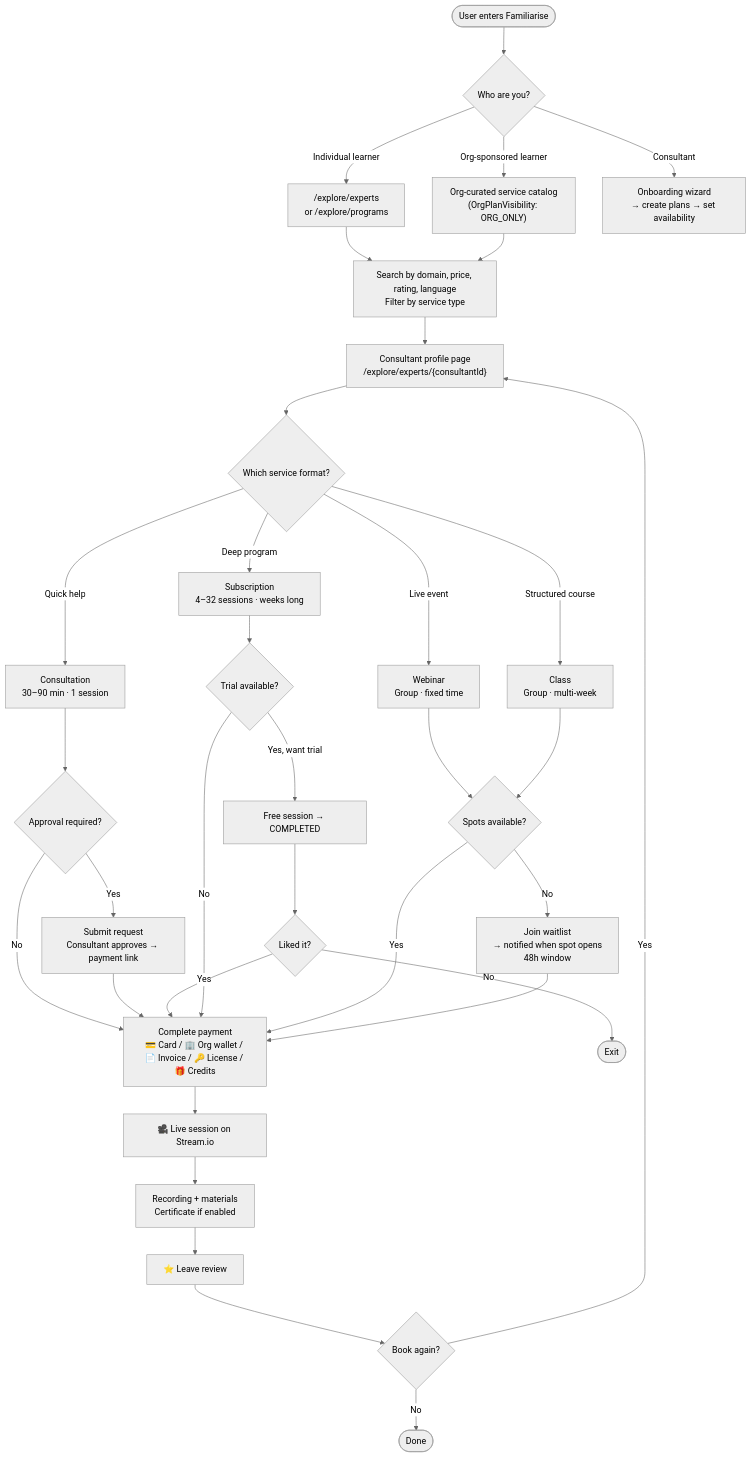
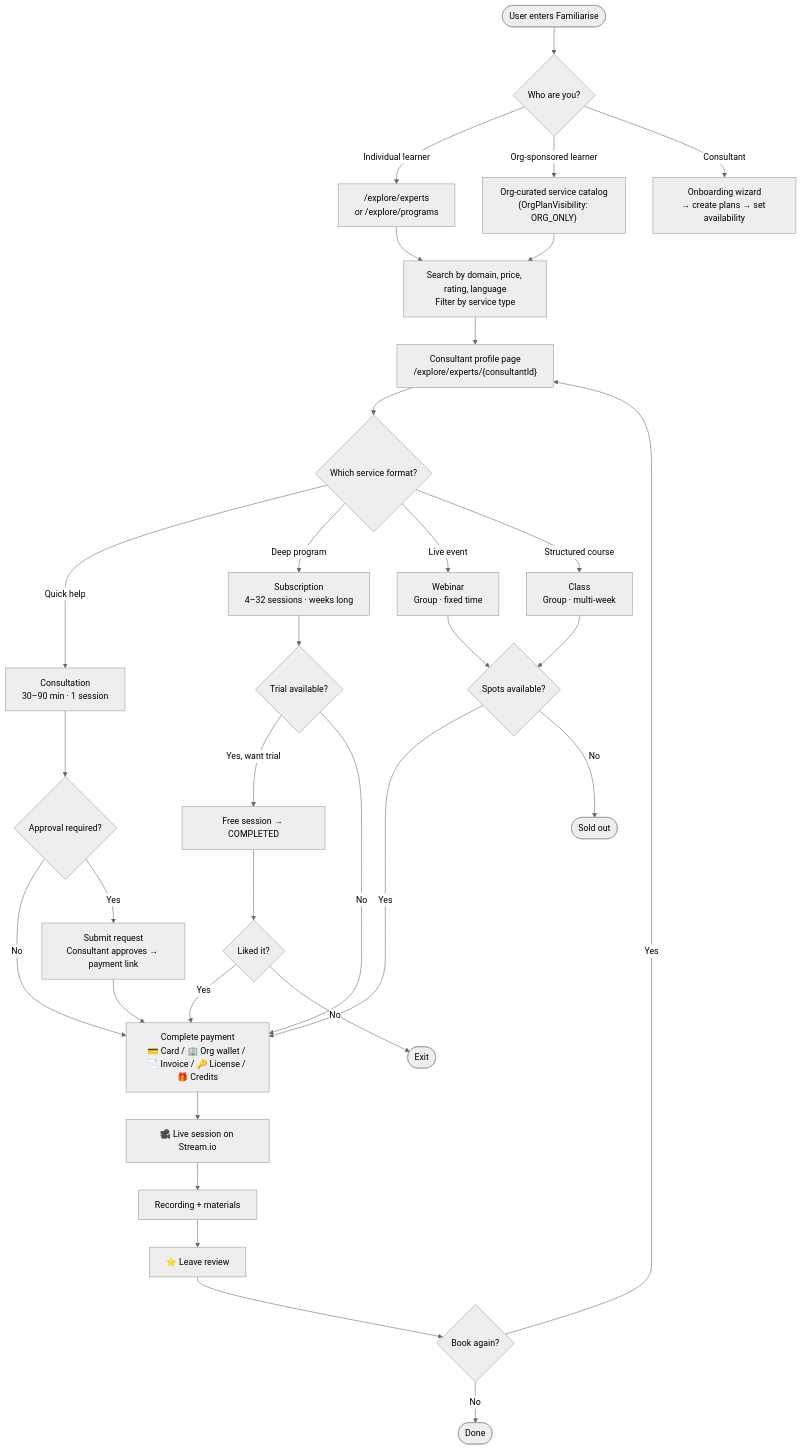
Before and after one commit to Practitionist/familiarise_web: diagram 15 of 17 in docs/architecture/product-flow-map.md, drawn with Mermaid (neutral theme). The commit also changed other lines of this file and 4 other files, not shown here.

````diff
--- a/docs/architecture/product-flow-map.md
+++ b/docs/architecture/product-flow-map.md
@@ -503,43 +464,42 @@
 ```mermaid
 flowchart TD
     Entry([User enters Familiarise]) --> RoleCheck{Who are you?}
 
     RoleCheck -- Individual learner --> Explore["/explore/experts\nor /explore/programs"]
     RoleCheck -- Org-sponsored learner --> OrgCatalog["Org-curated service catalog\n(OrgPlanVisibility: ORG_ONLY)"]
     RoleCheck -- Consultant --> OnboardWizard["Onboarding wizard\n→ create plans → set availability"]
 
     Explore --> SearchFilter["Search by domain, price, rating, language\nFilter by service type"]
     OrgCatalog --> SearchFilter
     SearchFilter --> Profile["Consultant profile page\n/explore/experts/{consultantId}"]
 
     Profile --> ServiceChoice{Which service format?}
     ServiceChoice -- Quick help --> C["Consultation\n30–90 min · 1 session"]
     ServiceChoice -- Deep program --> S["Subscription\n4–32 sessions · weeks long"]
     ServiceChoice -- Live event --> W["Webinar\nGroup · fixed time"]
     ServiceChoice -- Structured course --> CL["Class\nGroup · multi-week"]
 
     C --> ApprovalGate{Approval required?}
     ApprovalGate -- No --> Pay
     ApprovalGate -- Yes --> RequestApproval["Submit request\nConsultant approves → payment link"]
     RequestApproval --> Pay
 
     S --> TrialGate{Trial available?}
     TrialGate -- Yes, want trial --> FreeTrial["Free session → COMPLETED"]
     FreeTrial --> Liked{Liked it?}
     Liked -- Yes --> Pay
     Liked -- No --> Exit(["Exit"])
     TrialGate -- No --> Pay
 
     W --> CapGate{Spots available?}
     CL --> CapGate
     CapGate -- Yes --> Pay
-    CapGate -- No --> Waitlist["Join waitlist\n→ notified when spot opens\n48h window"]
-    Waitlist --> Pay
+    CapGate -- No --> SoldOut(["Sold out"])
 
     Pay["Complete payment\n💳 Card / 🏢 Org wallet / 📄 Invoice / 🔑 License / 🎁 Credits"] --> Session["🎥 Live session on Stream.io"]
-    Session --> PostSession["Recording + materials\nCertificate if enabled"]
+    Session --> PostSession["Recording + materials"]
     PostSession --> Review["⭐ Leave review"]
     Review --> Repeat{Book again?}
     Repeat -- Yes --> Profile
     Repeat -- No --> Done(["Done"])
 ```
````
